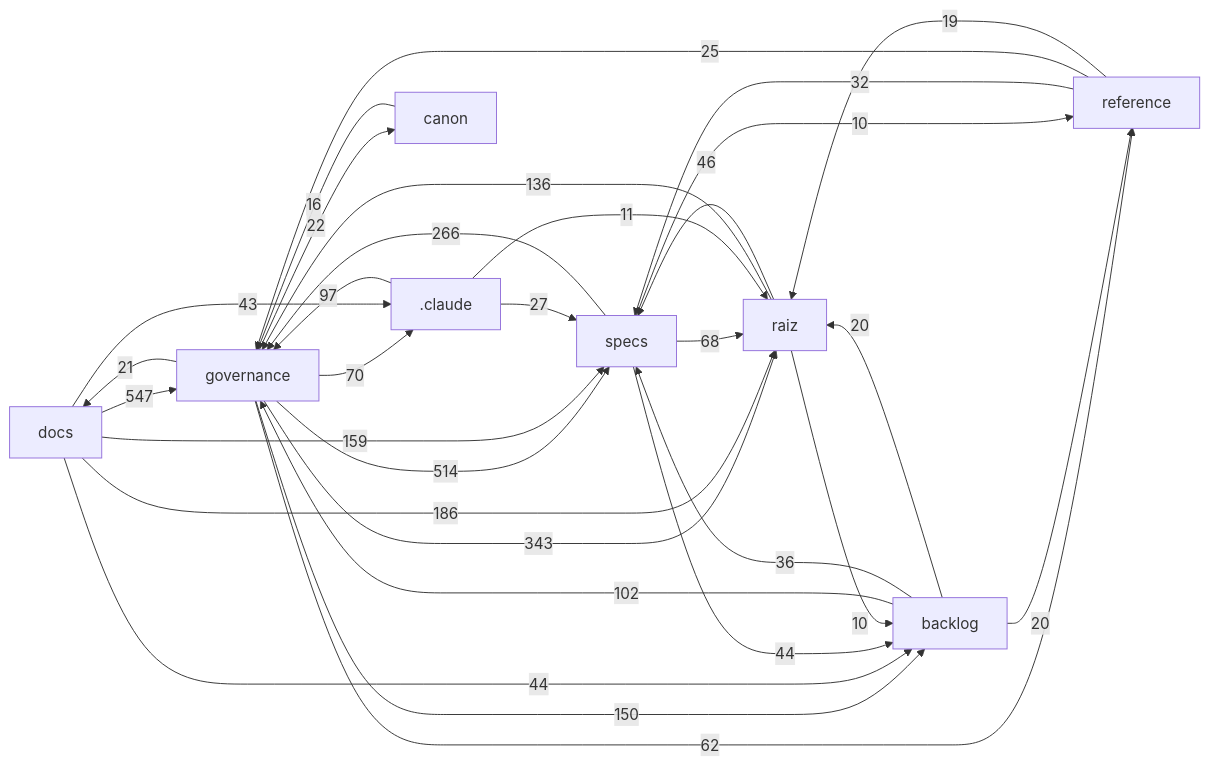
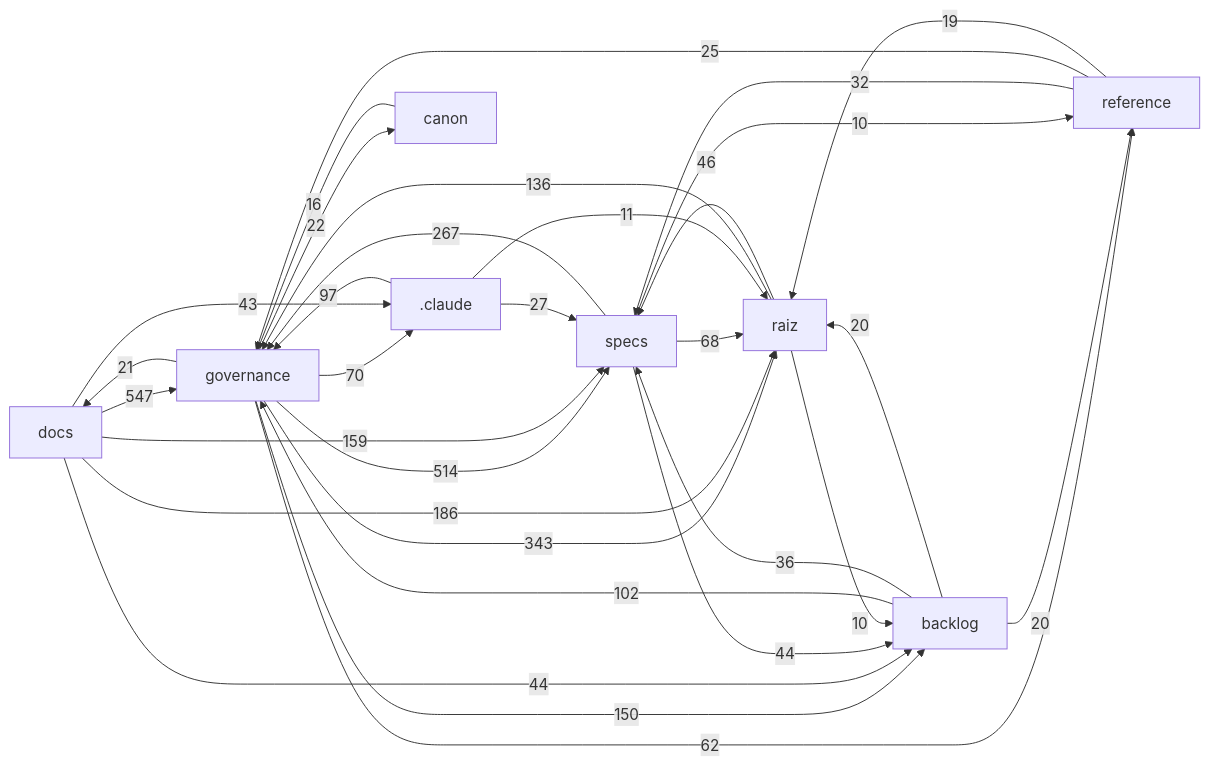
The diagram in docs/mapa/MAPA-PROJETO.md (Andraus35/Sistema-Operacional-de-Trading--SOT), drawn with Mermaid before and after one commit. The commit also changed other lines of this file and 2 other files, not shown here.

````diff
--- a/docs/mapa/MAPA-PROJETO.md
+++ b/docs/mapa/MAPA-PROJETO.md
@@ -29,33 +29,33 @@
 ```mermaid
 flowchart LR
   docs["docs"] -->|547| governance["governance"]
   governance["governance"] -->|514| specs["specs"]
   governance["governance"] -->|343| raiz["raiz"]
-  specs["specs"] -->|266| governance["governance"]
+  specs["specs"] -->|267| governance["governance"]
   docs["docs"] -->|186| raiz["raiz"]
   docs["docs"] -->|159| specs["specs"]
   governance["governance"] -->|150| backlog["backlog"]
   raiz["raiz"] -->|136| governance["governance"]
   backlog["backlog"] -->|102| governance["governance"]
   _claude[".claude"] -->|97| governance["governance"]
   governance["governance"] -->|70| _claude[".claude"]
   specs["specs"] -->|68| raiz["raiz"]
   governance["governance"] -->|62| reference["reference"]
   raiz["raiz"] -->|46| specs["specs"]
   docs["docs"] -->|44| backlog["backlog"]
   specs["specs"] -->|44| backlog["backlog"]
   docs["docs"] -->|43| _claude[".claude"]
   backlog["backlog"] -->|36| specs["specs"]
   reference["reference"] -->|32| specs["specs"]
   _claude[".claude"] -->|27| specs["specs"]
   reference["reference"] -->|25| governance["governance"]
   governance["governance"] -->|22| canon["canon"]
   governance["governance"] -->|21| docs["docs"]
   backlog["backlog"] -->|20| raiz["raiz"]
   backlog["backlog"] -->|20| reference["reference"]
   reference["reference"] -->|19| raiz["raiz"]
   canon["canon"] -->|16| governance["governance"]
   _claude[".claude"] -->|11| raiz["raiz"]
   raiz["raiz"] -->|10| backlog["backlog"]
   specs["specs"] -->|10| reference["reference"]
 ```
````
